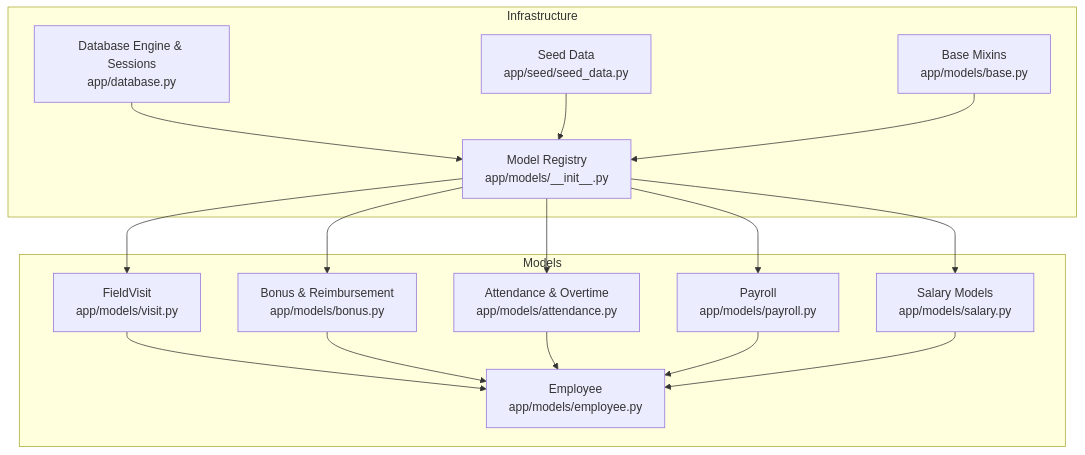
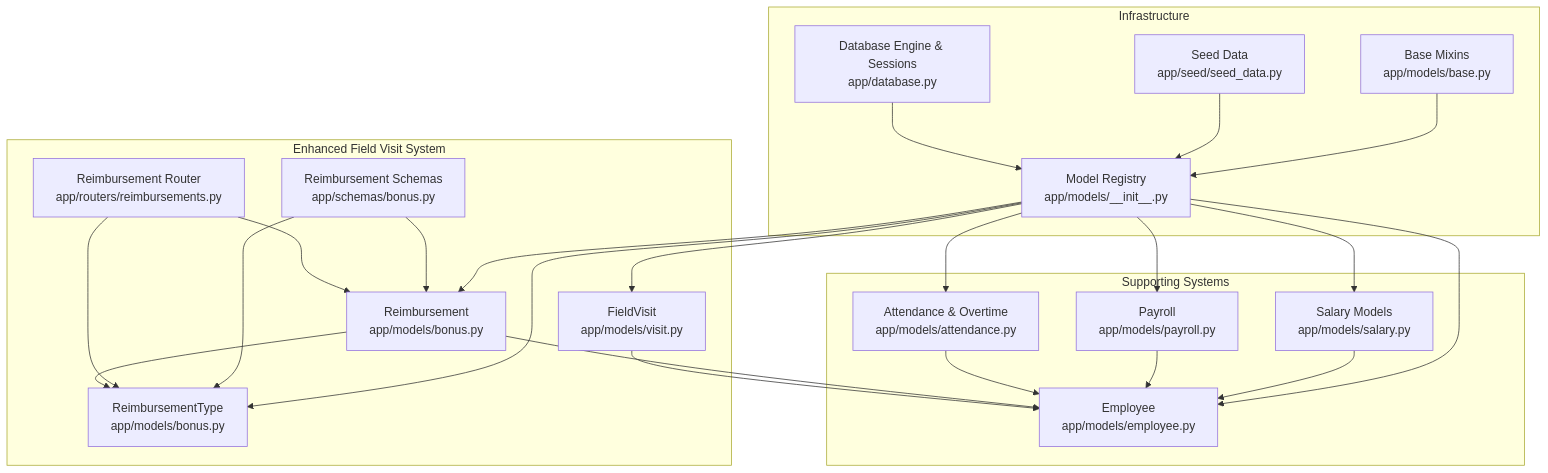
The first of 9 diagrams in .qoder/repowiki/en/content/Field Visit Management.md (bikinaplikasipakeqoder-dot/payroll-hris), drawn with Mermaid before and after one commit. The commit also changed other lines of this file and 22 other files, not shown here.

````diff
--- a/.qoder/repowiki/en/content/Field Visit Management.md
+++ b/.qoder/repowiki/en/content/Field Visit Management.md
@@ -40,30 +55,42 @@
 ```mermaid
 graph TB
-subgraph "Models"
+subgraph "Enhanced Field Visit System"
 V["FieldVisit<br/>app/models/visit.py"]
-S["Salary Models<br/>app/models/salary.py"]
-B["Bonus & Reimbursement<br/>app/models/bonus.py"]
+R["Reimbursement<br/>app/models/bonus.py"]
+RT["ReimbursementType<br/>app/models/bonus.py"]
+RS["Reimbursement Router<br/>app/routers/reimbursements.py"]
+BS["Reimbursement Schemas<br/>app/schemas/bonus.py"]
+end
+subgraph "Supporting Systems"
 A["Attendance & Overtime<br/>app/models/attendance.py"]
 P["Payroll<br/>app/models/payroll.py"]
+S["Salary Models<br/>app/models/salary.py"]
 E["Employee<br/>app/models/employee.py"]
 end
 subgraph "Infrastructure"
 D["Database Engine & Sessions<br/>app/database.py"]
 M["Model Registry<br/>app/models/__init__.py"]
 T["Base Mixins<br/>app/models/base.py"]
 SE["Seed Data<br/>app/seed/seed_data.py"]
 end
 V --> E
-B --> E
+R --> E
+R --> RT
+RS --> R
+RS --> RT
+BS --> R
+BS --> RT
 A --> E
 P --> E
 S --> E
 M --> V
-M --> B
+M --> R
+M --> RT
 M --> A
 M --> P
 M --> S
+M --> E
 D --> M
 SE --> M
 T --> M
 ```
````
